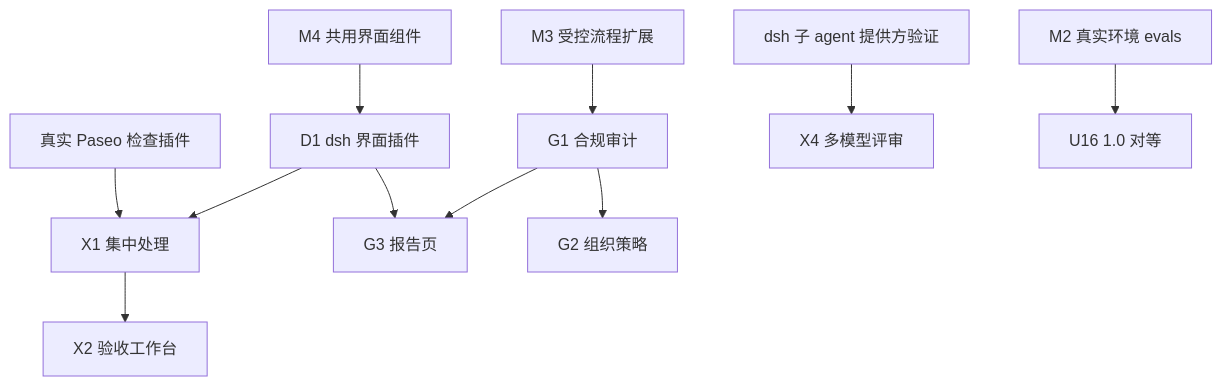
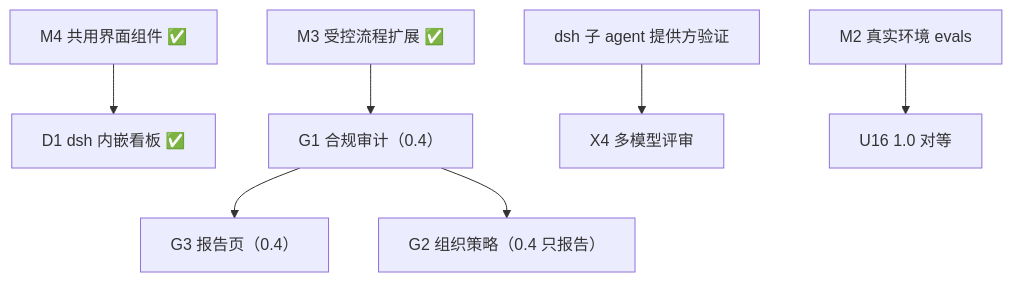
The second of 2 diagrams in docs/roadmap.md (yiyisf/laoshi), drawn with Mermaid before and after one commit. The commit also changed other lines of this file and 16 other files, not shown here.

Commit message:
feat: 完善一步安装升级、U11/U12/U13 与 0.3.1 Roadmap 文档同步 (#67)

````diff
--- a/docs/roadmap.md
+++ b/docs/roadmap.md
@@ -204,13 +180,9 @@
 ```mermaid
 flowchart TD
-  M4C["M4 共用界面组件"] --> D1["D1 dsh 界面插件"]
-  PV["真实 Paseo 检查插件"] --> X1["X1 集中处理"]
-  D1 --> X1
-  X1 --> X2["X2 验收工作台"]
-  D1 --> G3["G3 报告页"]
-  M3F["M3 受控流程扩展"] --> G1["G1 合规审计"]
-  G1 --> G3
-  G1 --> G2["G2 组织策略"]
+  M4C["M4 共用界面组件 ✅"] --> D1["D1 dsh 内嵌看板 ✅"]
+  M3F["M3 受控流程扩展 ✅"] --> G1["G1 合规审计（0.4）"]
+  G1 --> G3["G3 报告页（0.4）"]
+  G1 --> G2["G2 组织策略（0.4 只报告）"]
   DSP["dsh 子 agent 提供方验证"] --> X4["X4 多模型评审"]
   M2E["M2 真实环境 evals"] --> U16["U16 1.0 对等"]
 ```
````
